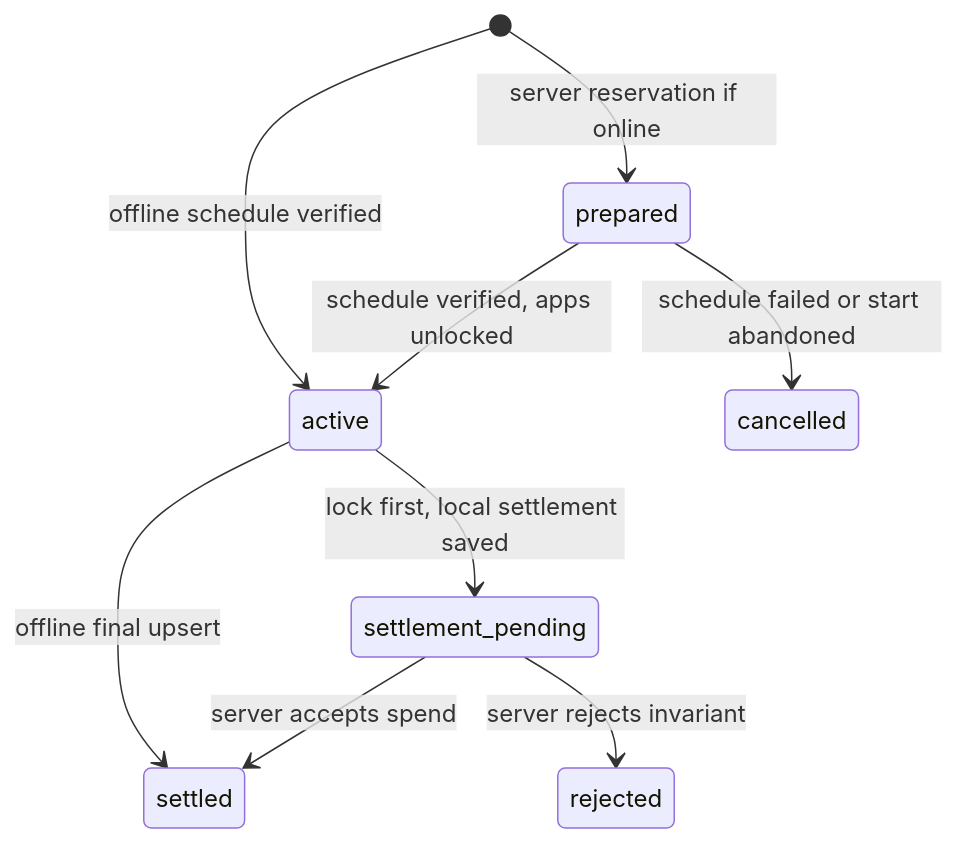
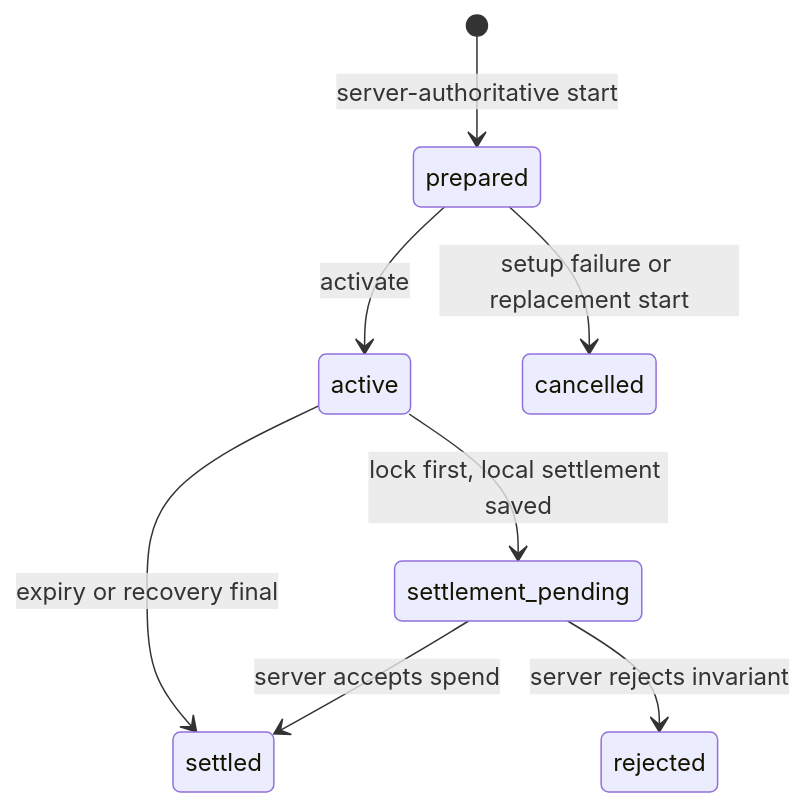
One commit to cwsbrian/Page-Pass changed the first of 2 diagrams in docs/product/api-design.md. Above: the diagram before and after it, drawn with Mermaid. The commit also changed other lines of this file and 137 other files, not shown here.

Commit message:
Build PagePass MVP control and reading flows

````diff
--- a/docs/product/api-design.md
+++ b/docs/product/api-design.md
@@ -261,11 +279,10 @@
 ```mermaid
 stateDiagram-v2
-    [*] --> prepared: server reservation if online
-    prepared --> active: schedule verified, apps unlocked
-    prepared --> cancelled: schedule failed or start abandoned
-    [*] --> active: offline schedule verified
+    [*] --> prepared: server-authoritative start
+    prepared --> active: activate
+    prepared --> cancelled: setup failure or replacement start
     active --> settlement_pending: lock first, local settlement saved
     settlement_pending --> settled: server accepts spend
     settlement_pending --> rejected: server rejects invariant
-    active --> settled: offline final upsert
+    active --> settled: expiry or recovery final
 ```
````
